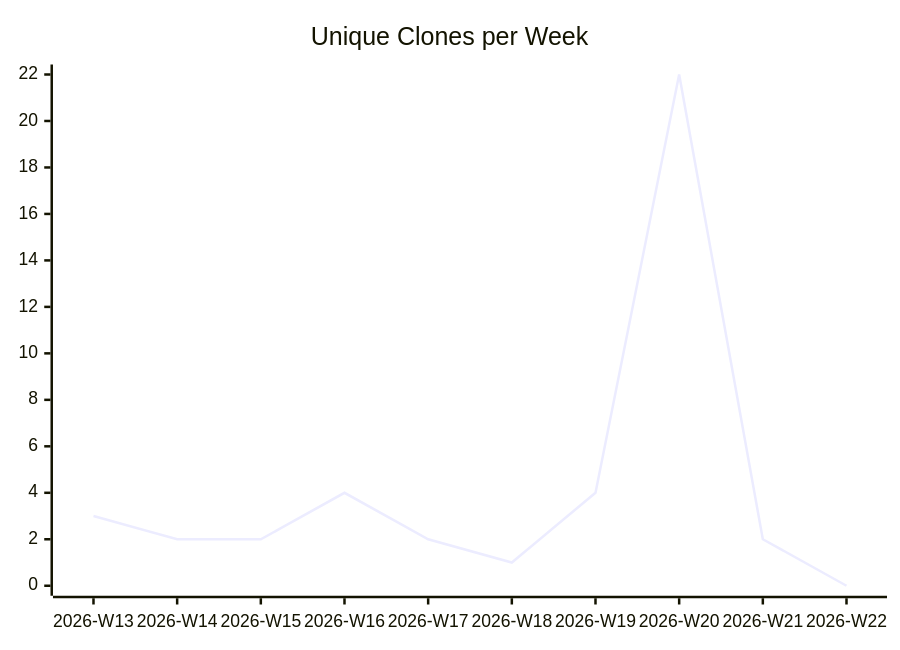
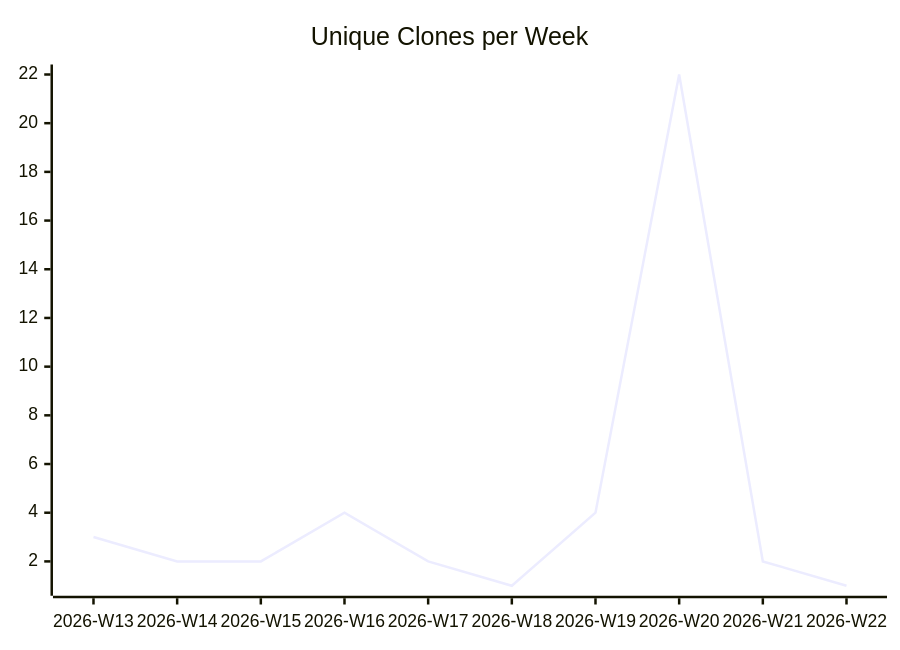
Before and after one commit to justdavis-family/github-analytics-data: the third of 3 diagrams in karlmdavis/ansible-role-rcm-dotfiles/README.md, drawn with Mermaid. The commit also changed other lines of this file and 189 other files, not shown here.

````diff
--- a/karlmdavis/ansible-role-rcm-dotfiles/README.md
+++ b/karlmdavis/ansible-role-rcm-dotfiles/README.md
@@ -19,6 +19,6 @@
 ```mermaid
 xychart-beta
   title "Unique Clones per Week"
   x-axis ["2026-W13", "2026-W14", "2026-W15", "2026-W16", "2026-W17", "2026-W18", "2026-W19", "2026-W20", "2026-W21", "2026-W22"]
-  line [3, 2, 2, 4, 2, 1, 4, 22, 2, 0]
+  line [3, 2, 2, 4, 2, 1, 4, 22, 2, 1]
 ```
````
